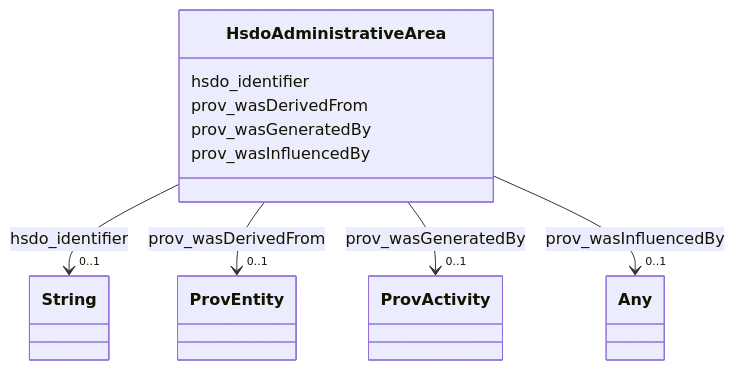
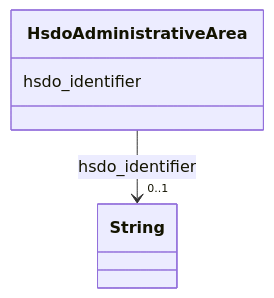
Before and after one commit to frink-okn/graph-descriptions: the diagram in dream-kg/classes/HsdoAdministrativeArea.md, drawn with Mermaid. The commit also changed other lines of this file and 47 other files, not shown here.

````diff
--- a/dream-kg/classes/HsdoAdministrativeArea.md
+++ b/dream-kg/classes/HsdoAdministrativeArea.md
@@ -19,42 +19,15 @@
 ```mermaid
  classDiagram
     class HsdoAdministrativeArea
     click HsdoAdministrativeArea href "../HsdoAdministrativeArea"
       HsdoAdministrativeArea : hsdo_identifier
         
           
     
     
     HsdoAdministrativeArea --> "0..1" String : hsdo_identifier
     click String href "../String"
 
         
-      HsdoAdministrativeArea : prov_wasDerivedFrom
-        
-          
-    
-    
-    HsdoAdministrativeArea --> "0..1" ProvEntity : prov_wasDerivedFrom
-    click ProvEntity href "../ProvEntity"
-
-        
-      HsdoAdministrativeArea : prov_wasGeneratedBy
-        
-          
-    
-    
-    HsdoAdministrativeArea --> "0..1" ProvActivity : prov_wasGeneratedBy
-    click ProvActivity href "../ProvActivity"
-
-        
-      HsdoAdministrativeArea : prov_wasInfluencedBy
-        
-          
-    
-    
-    HsdoAdministrativeArea --> "0..1" Any : prov_wasInfluencedBy
-    click Any href "../Any"
-
-        
       
 ```
````
